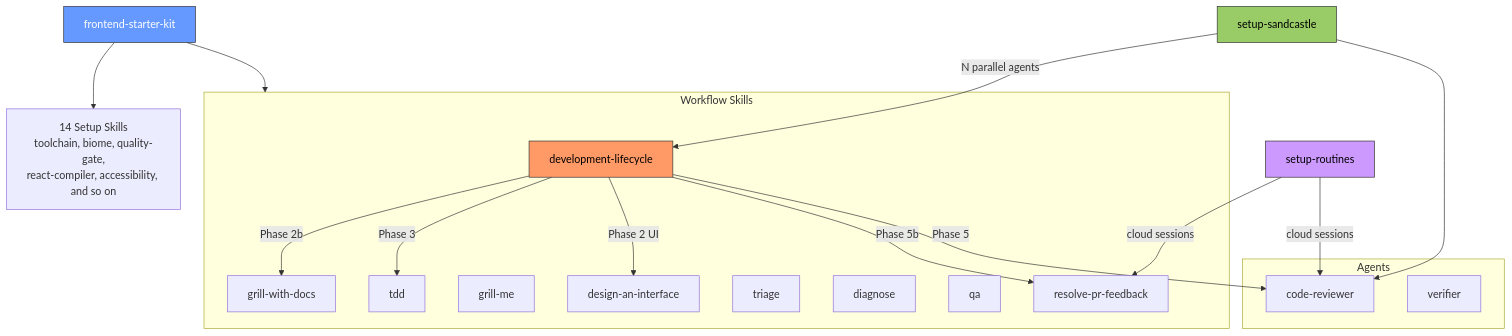
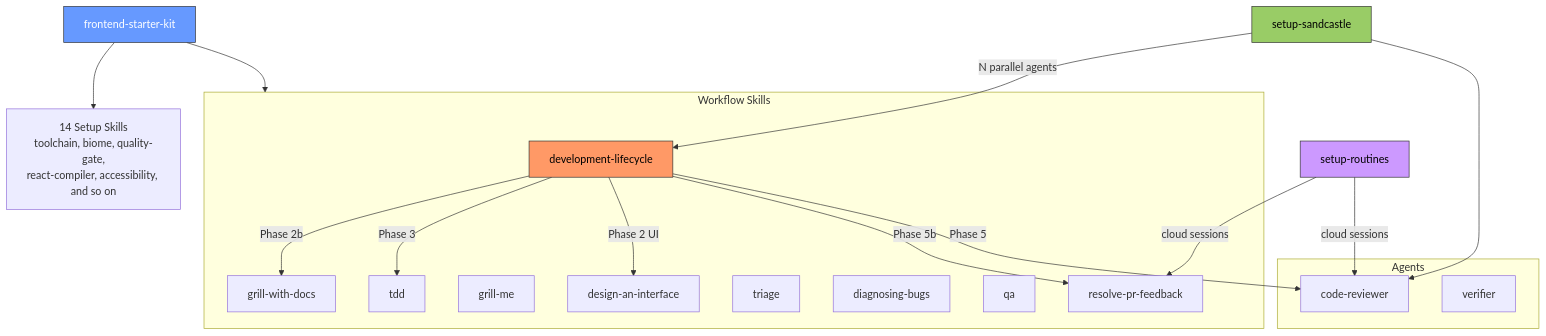
The fifth of 6 diagrams in README.md (malinskibeniamin/skills), drawn with Mermaid before and after one commit. The commit also changed other lines of this file and 82 other files, not shown here.

````diff
--- a/README.md
+++ b/README.md
@@ -1010,44 +1004,44 @@
 ```mermaid
 graph TD
     FSK["frontend-starter-kit"]
     Setup["14 Setup Skills\ntoolchain, biome, quality-gate,\nreact-compiler, accessibility, and so on"]
     SC[setup-sandcastle]
     RT[setup-routines]
 
     subgraph Workflow["Workflow Skills"]
         DL["development-lifecycle"]
         TDD[tdd]
         DM[grill-with-docs]
         GM[grill-me]
         DAI[design-an-interface]
         TR[triage]
-        DIAG[diagnose]
+        DIAG[diagnosing-bugs]
         QA[qa]
         RPF[resolve-pr-feedback]
     end
 
     subgraph Agents
         CR[code-reviewer]
         VER[verifier]
     end
 
     FSK --> Setup
     FSK --> Workflow
 
     DL -- "Phase 2b" --> DM
     DL -- "Phase 3" --> TDD
     DL -- "Phase 2 UI" --> DAI
     DL -- "Phase 5b" --> RPF
     DL -- "Phase 5" --> CR
 
     SC -- "N parallel agents" --> DL
     SC --> CR
 
     RT -- "cloud sessions" --> RPF
     RT -- "cloud sessions" --> CR
 
     style DL fill:#f96,stroke:#333,color:#000
     style FSK fill:#69f,stroke:#333,color:#fff
     style SC fill:#9c6,stroke:#333,color:#000
     style RT fill:#c9f,stroke:#333,color:#000
 ```
````
